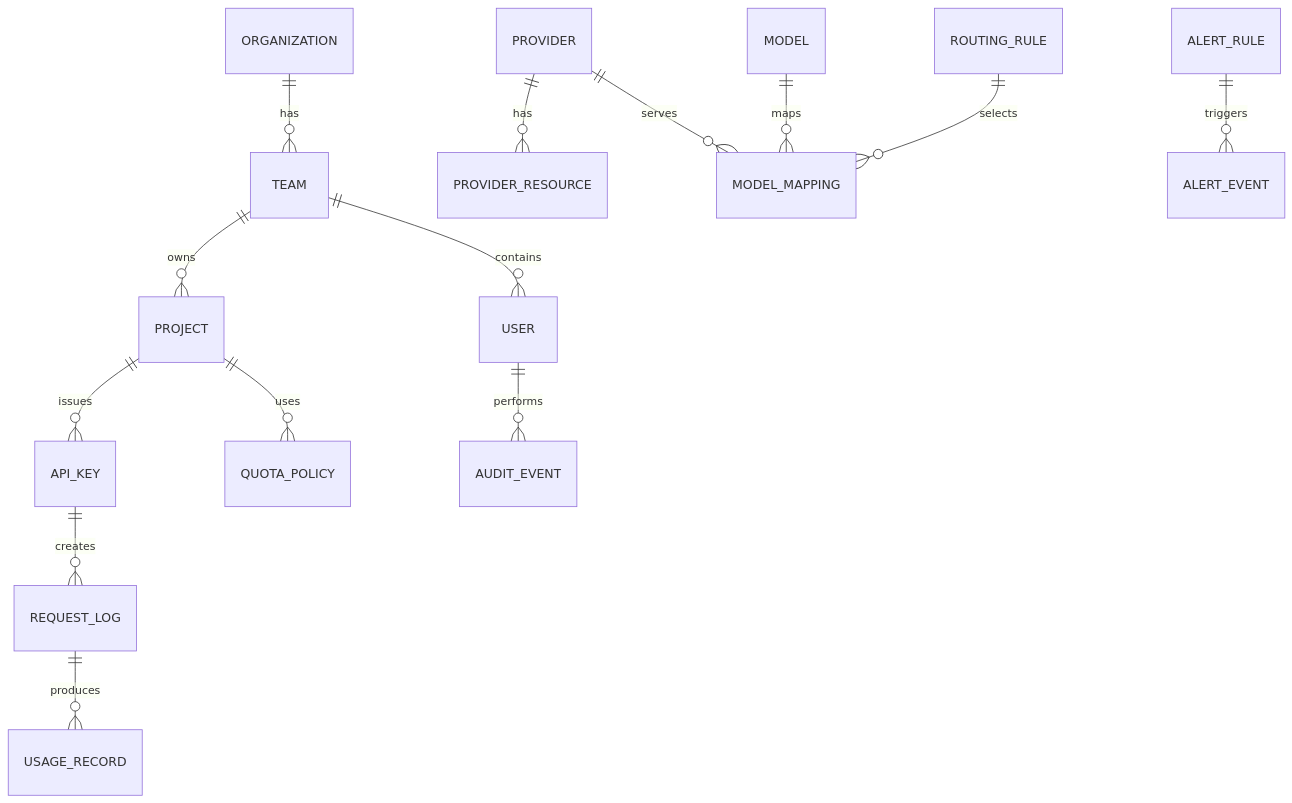
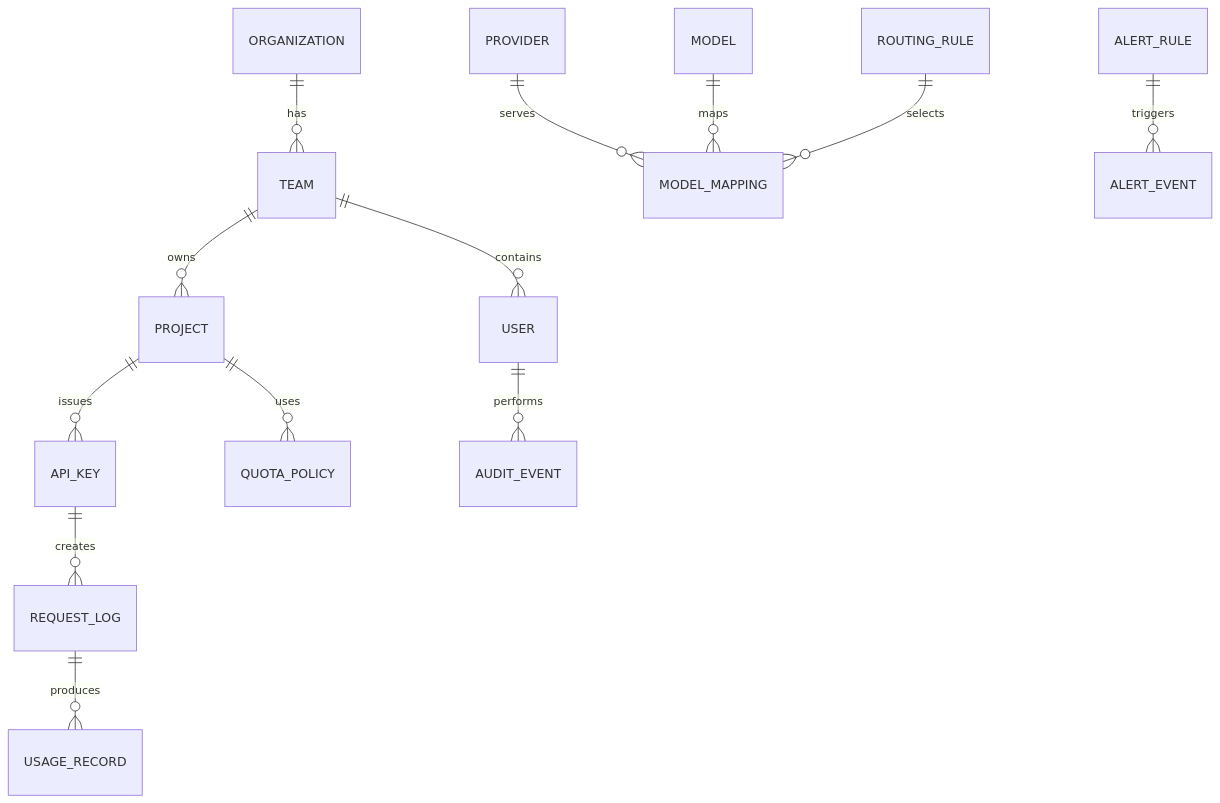
The diagram in doc/05-data-model.md (cngump/TokenHub), drawn with Mermaid before and after one commit. The commit also changed other lines of this file and 26 other files, not shown here.

````diff
--- a/doc/05-data-model.md
+++ b/doc/05-data-model.md
@@ -13,16 +13,15 @@
 ```mermaid
 erDiagram
     ORGANIZATION ||--o{ TEAM : has
     TEAM ||--o{ USER : contains
     TEAM ||--o{ PROJECT : owns
     PROJECT ||--o{ API_KEY : issues
     PROJECT ||--o{ QUOTA_POLICY : uses
     API_KEY ||--o{ REQUEST_LOG : creates
-    PROVIDER ||--o{ PROVIDER_RESOURCE : has
     PROVIDER ||--o{ MODEL_MAPPING : serves
     MODEL ||--o{ MODEL_MAPPING : maps
     ROUTING_RULE ||--o{ MODEL_MAPPING : selects
     REQUEST_LOG ||--o{ USAGE_RECORD : produces
     USER ||--o{ AUDIT_EVENT : performs
     ALERT_RULE ||--o{ ALERT_EVENT : triggers
 ```
````
